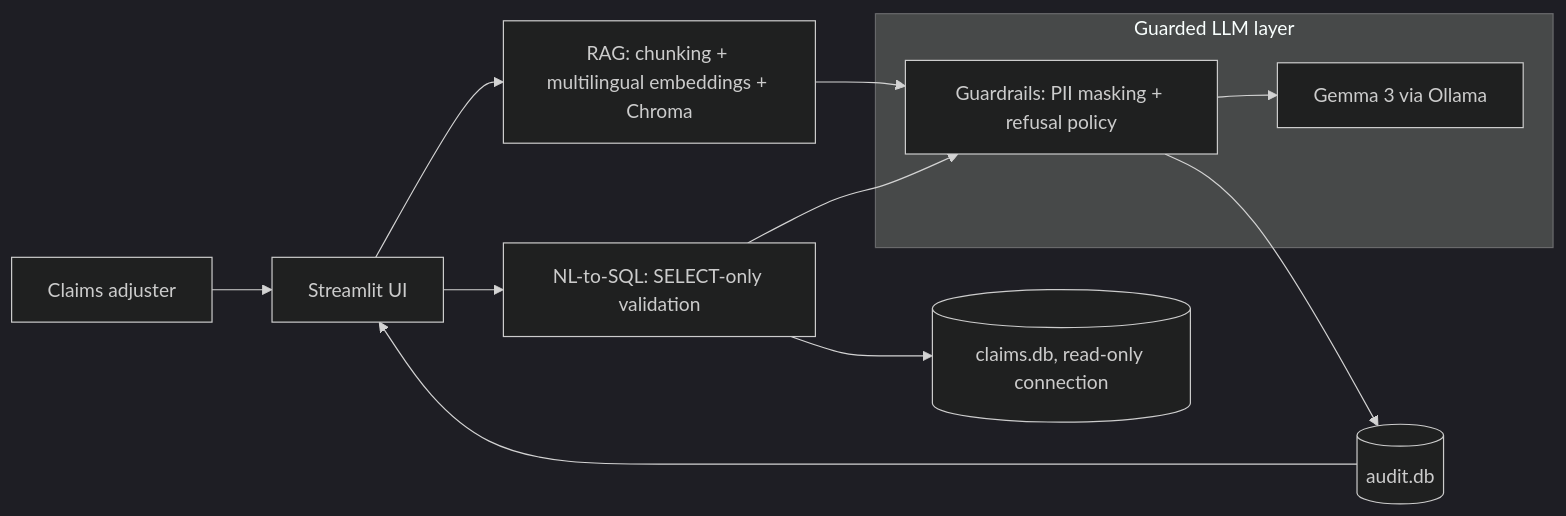
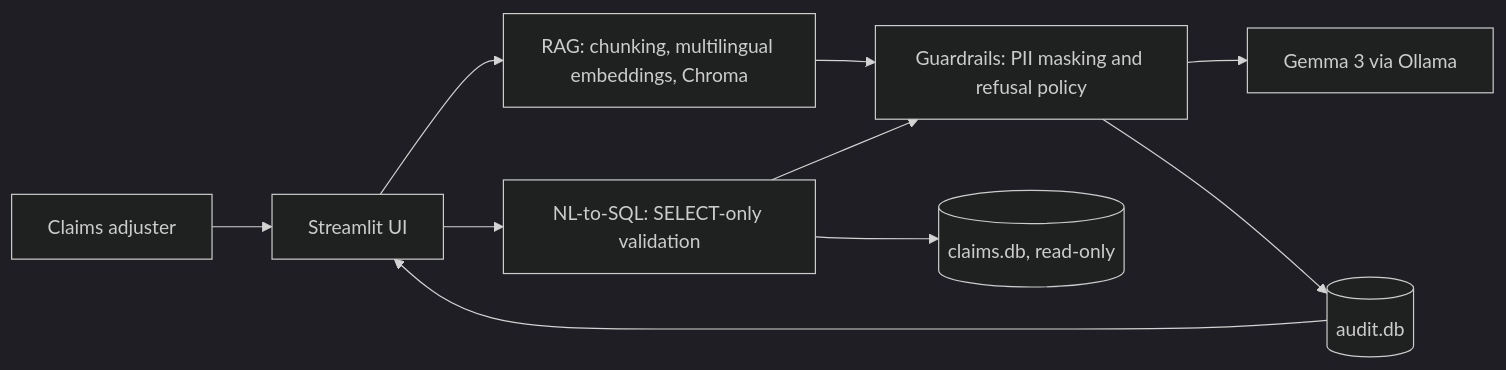
Before and after one commit to arindamguptama2025/ClaimsCopilot: the diagram in README.md, drawn with Mermaid (dark theme). The commit also changed other lines of this file, not shown here.

Commit message:
Fix README: remove Docker, fix diagram, add screenshot

````diff
--- a/README.md
+++ b/README.md
@@ -33,16 +32,12 @@
 ```mermaid
 flowchart LR
-  U[Claims adjuster] --> UI[Streamlit UI]
-
-  subgraph Guarded LLM layer
-    G[Guardrails: PII masking + refusal policy] --> L[Gemma 3 via Ollama]
-  end
-
-  UI --> RAG[RAG: chunking + multilingual embeddings + Chroma]
-  RAG --> G
-  UI --> SQL[NL-to-SQL: SELECT-only validation]
+  U["Claims adjuster"] --> UI["Streamlit UI"]
+  UI --> RAG["RAG: chunking, multilingual embeddings, Chroma"]
+  UI --> SQL["NL-to-SQL: SELECT-only validation"]
+  RAG --> G["Guardrails: PII masking and refusal policy"]
   SQL --> G
-  SQL --> DB[(claims.db, read-only connection)]
-  G --> A[(audit.db)]
+  G --> L["Gemma 3 via Ollama"]
+  SQL --> DB[("claims.db, read-only")]
+  G --> A[("audit.db")]
   A --> UI
 ```
````
